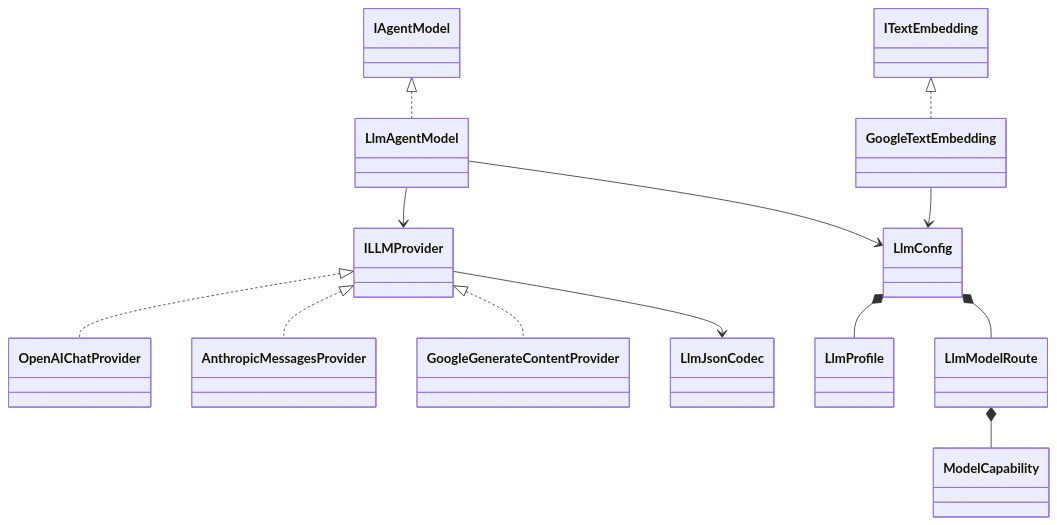
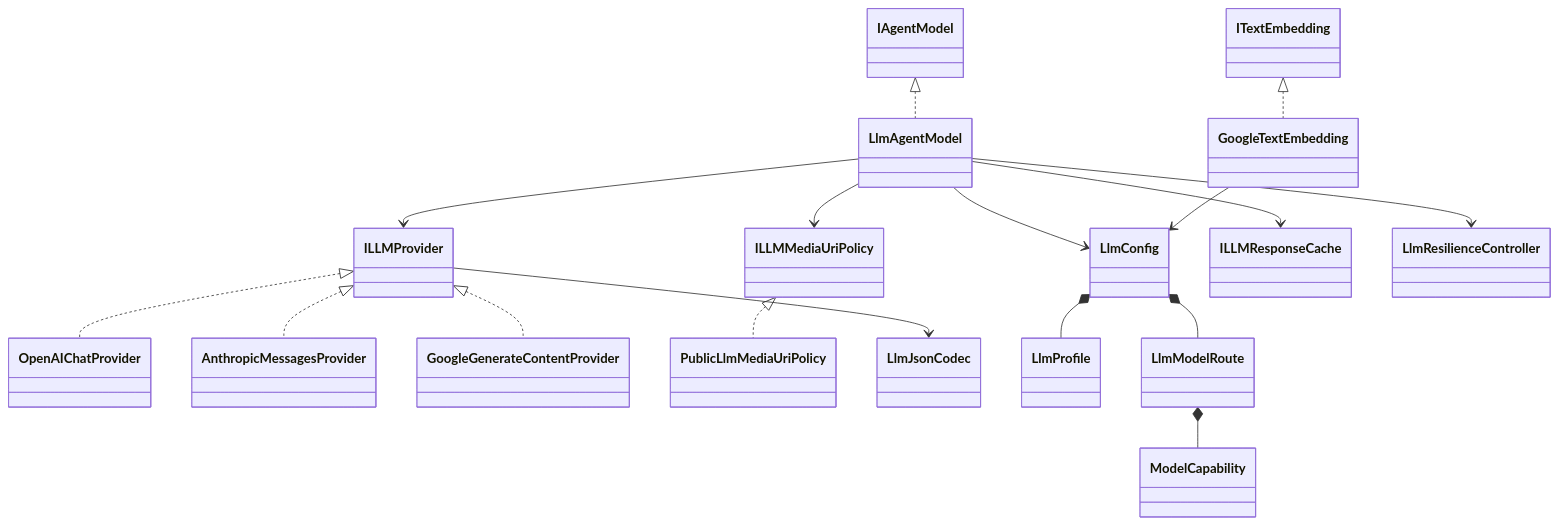
One commit to E5presso/spakky-framework changed the second of 2 diagrams in plugins/spakky-llm/README.md. Above: the diagram before and after it, drawn with Mermaid. The commit also changed other lines of this file and 67 other files, not shown here.

Commit message:
feat(agent): add multimodal resilient model platform

````diff
--- a/plugins/spakky-llm/README.md
+++ b/plugins/spakky-llm/README.md
@@ -51,15 +51,19 @@
 ```mermaid
 classDiagram
     IAgentModel <|.. LlmAgentModel
     LlmAgentModel --> LlmConfig
     LlmAgentModel --> ILLMProvider
+    LlmAgentModel --> ILLMMediaUriPolicy
+    LlmAgentModel --> ILLMResponseCache
+    LlmAgentModel --> LlmResilienceController
     ILLMProvider <|.. OpenAIChatProvider
     ILLMProvider <|.. AnthropicMessagesProvider
     ILLMProvider <|.. GoogleGenerateContentProvider
+    ILLMMediaUriPolicy <|.. PublicLlmMediaUriPolicy
     ITextEmbedding <|.. GoogleTextEmbedding
     ILLMProvider --> LlmJsonCodec
     GoogleTextEmbedding --> LlmConfig
     LlmConfig *-- LlmProfile
     LlmConfig *-- LlmModelRoute
     LlmModelRoute *-- ModelCapability
 ```
````
